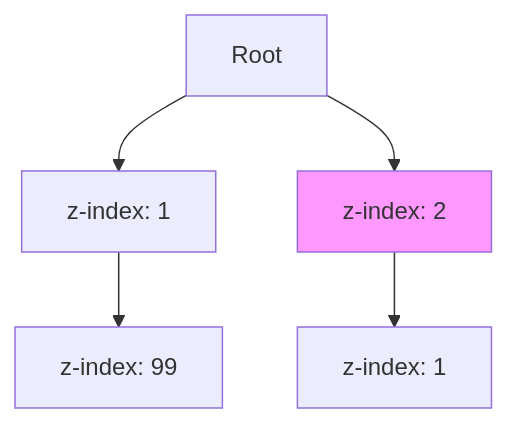
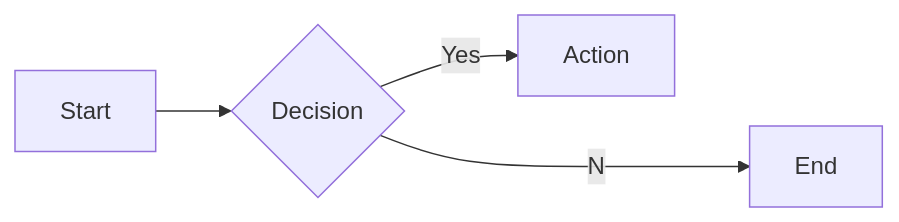
The second of 20 diagrams in docs/interview-questions/3.1 Engineering & Technology/Frontend Engineer.md (toxicoder/devset), drawn with Mermaid before and after one commit. The commit also changed other lines of this file and 72 other files, not shown here.

````diff
--- a/docs/interview-questions/3.1 Engineering & Technology/Frontend Engineer.md
+++ b/docs/interview-questions/3.1 Engineering & Technology/Frontend Engineer.md
@@ -95,8 +152,6 @@
 ```mermaid
-graph TD
-    Root --> A[z-index: 1]
-    Root --> B[z-index: 2]
-    A --> A1[z-index: 99]
-    B --> B1[z-index: 1]
-    style B fill:#f9f
+graph LR
+    A[Start] --> B{Decision}
+    B --Yes--> C[Action]
+    B --No--> D[End]
 ```
````
